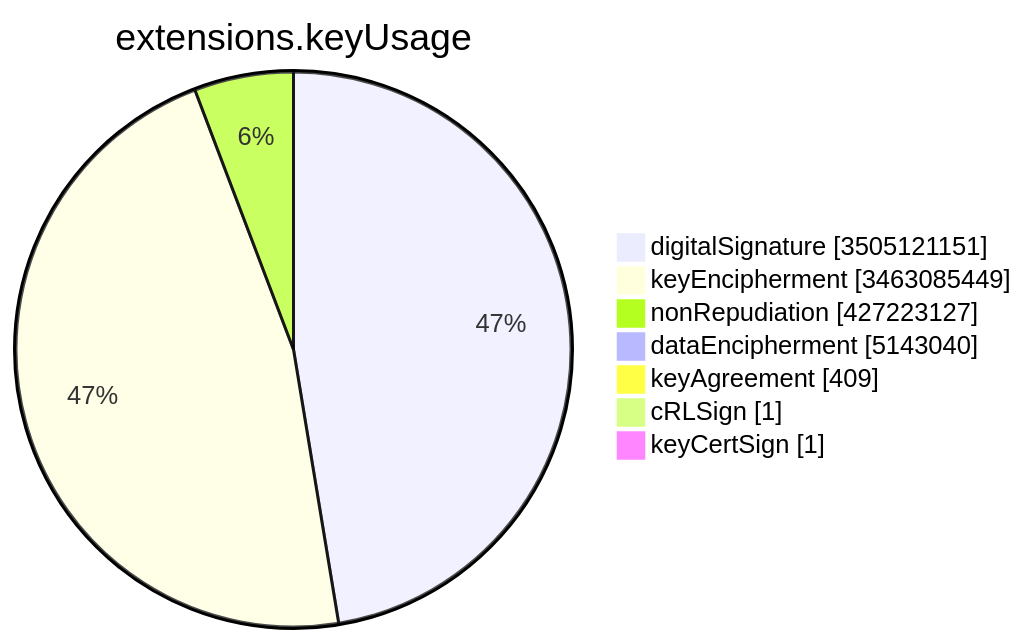
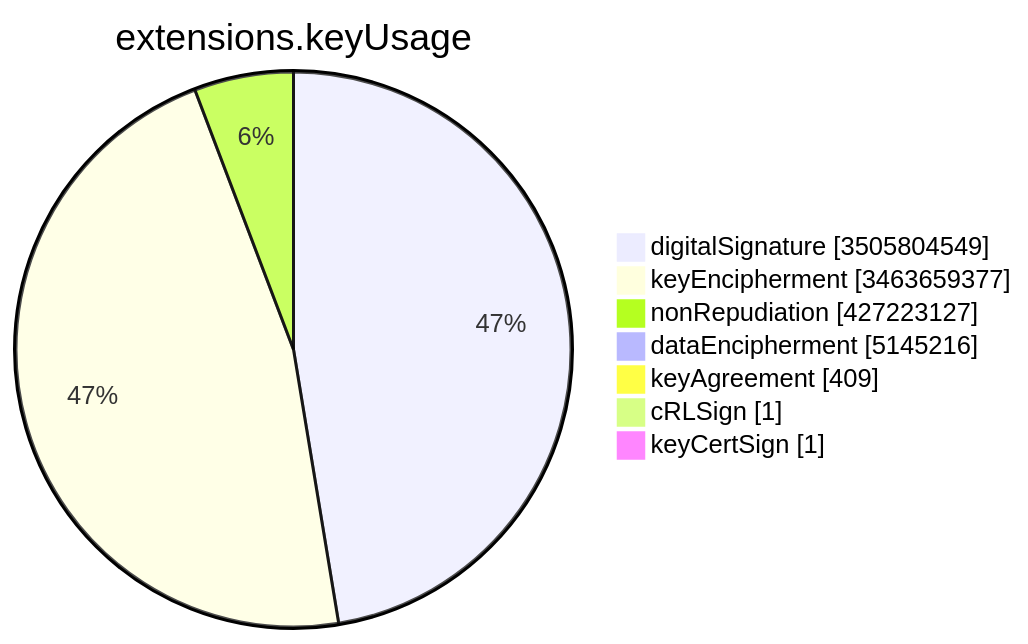
Before and after one commit to christiankrug/ctmonitor_visualization: the sixth of 15 diagrams in TOTAL/README.md, drawn with Mermaid. The commit also changed other lines of this file, not shown here.

````diff
--- a/TOTAL/README.md
+++ b/TOTAL/README.md
@@ -3083,11 +3083,11 @@
 ```mermaid
 pie showData
 title extensions.keyUsage
-"digitalSignature" :3505121151
-"keyEncipherment" :3463085449
+"digitalSignature" :3505804549
+"keyEncipherment" :3463659377
 "nonRepudiation" :427223127
-"dataEncipherment" :5143040
+"dataEncipherment" :5145216
 "keyAgreement" :409
 "cRLSign" :1
 "keyCertSign" :1
 ```
````
